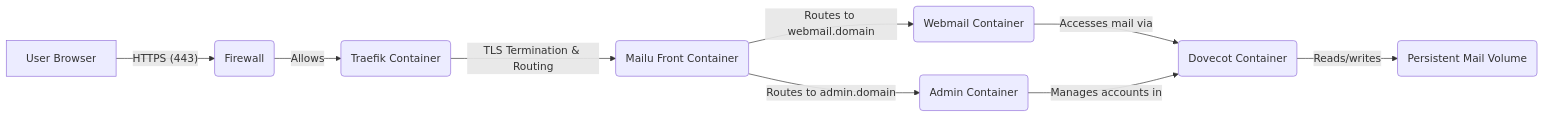
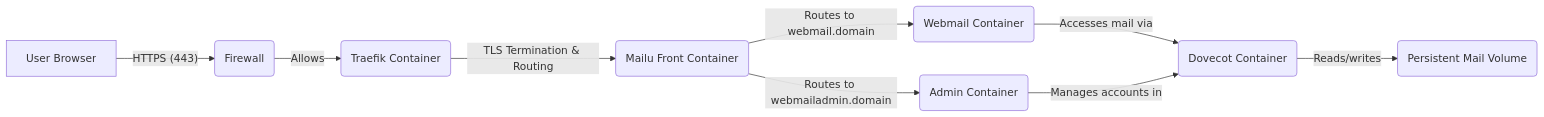
One commit to robertsinfosec/iac-mailu changed the seventh of 13 diagrams in docs/ARCHITECTURE.md. Above: the diagram before and after it, drawn with Mermaid. The commit also changed 21 other files, not shown here.

````diff
--- a/docs/ARCHITECTURE.md
+++ b/docs/ARCHITECTURE.md
@@ -268,11 +268,11 @@
 ```mermaid
 graph LR
     A[User Browser] -- HTTPS (443) --> B(Firewall);
     B -- Allows --> C(Traefik Container);
     C -- TLS Termination & Routing --> D(Mailu Front Container);
     D -- Routes to webmail.domain --> E(Webmail Container);
-    D -- Routes to admin.domain --> F(Admin Container);
+    D -- Routes to webmailadmin.domain --> F(Admin Container);
     E -- Accesses mail via --> G(Dovecot Container);
     F -- Manages accounts in --> G;
     G -- Reads/writes --> H(Persistent Mail Volume);
 ```
````
